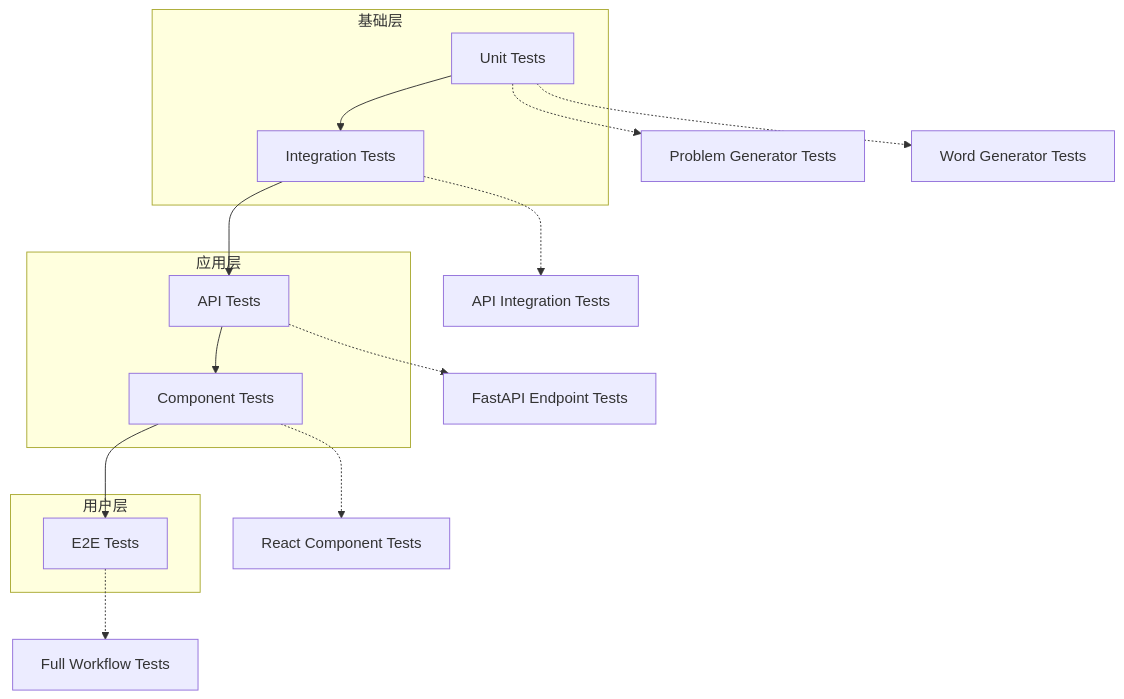
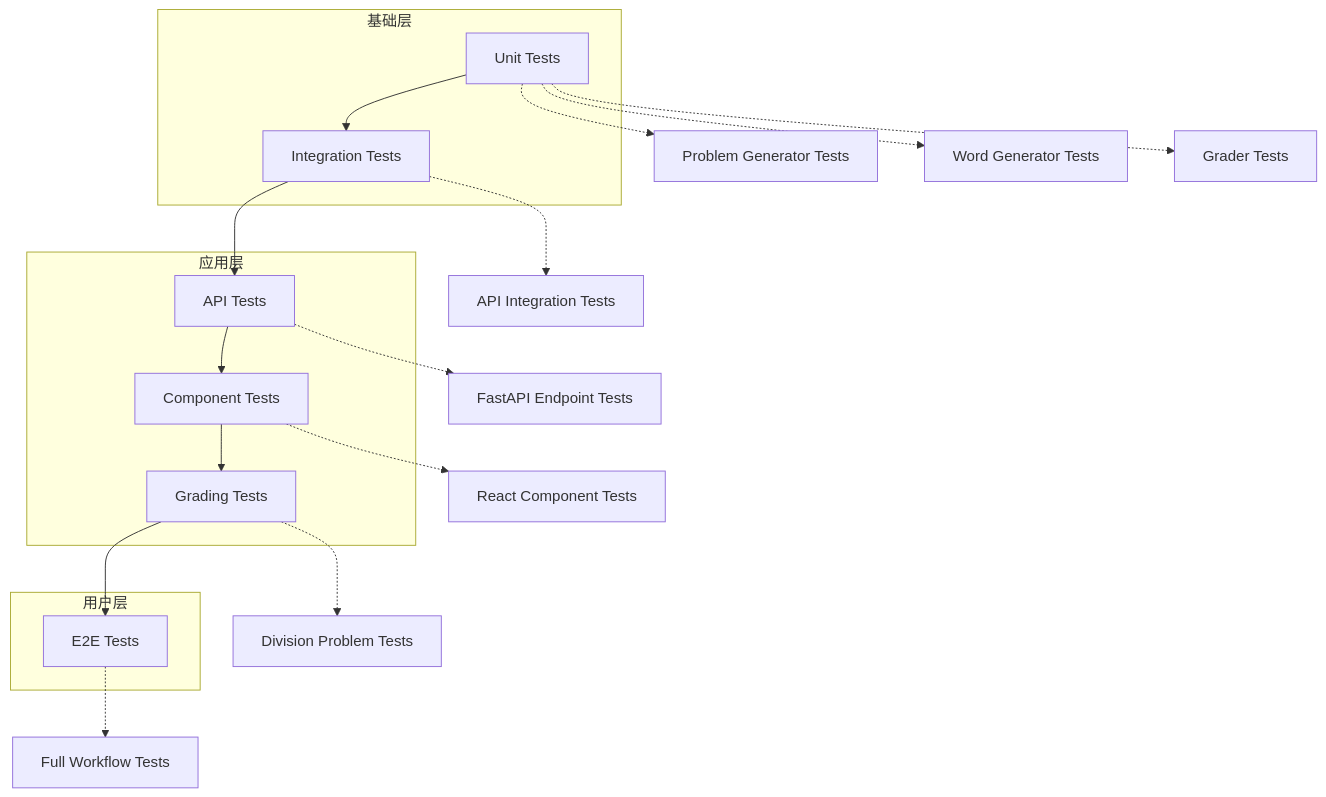
One commit to SimonWHL/math-learning changed the third of 12 diagrams in .qoder/repowiki/zh/content/开发指南/测试框架.md. Above: the diagram before and after it, drawn with Mermaid. The commit also changed other lines of this file and 17 other files, not shown here.

````diff
--- a/.qoder/repowiki/zh/content/开发指南/测试框架.md
+++ b/.qoder/repowiki/zh/content/开发指南/测试框架.md
@@ -142,24 +176,28 @@
 ```mermaid
 graph TD
 subgraph "基础层"
 U1[Unit Tests]
 U2[Integration Tests]
 end
 subgraph "应用层"
 U3[API Tests]
 U4[Component Tests]
+U5[Grading Tests]
 end
 subgraph "用户层"
-U5[E2E Tests]
+U6[E2E Tests]
 end
 U1 --> U2
 U2 --> U3
 U3 --> U4
 U4 --> U5
+U5 --> U6
 U1 -.-> T1[Problem Generator Tests]
 U1 -.-> T2[Word Generator Tests]
-U2 -.-> T3[API Integration Tests]
-U3 -.-> T4[FastAPI Endpoint Tests]
-U4 -.-> T5[React Component Tests]
-U5 -.-> T6[Full Workflow Tests]
+U1 -.-> T3[Grader Tests]
+U2 -.-> T4[API Integration Tests]
+U3 -.-> T5[FastAPI Endpoint Tests]
+U4 -.-> T6[React Component Tests]
+U5 -.-> T7[Division Problem Tests]
+U6 -.-> T8[Full Workflow Tests]
 ```
````
